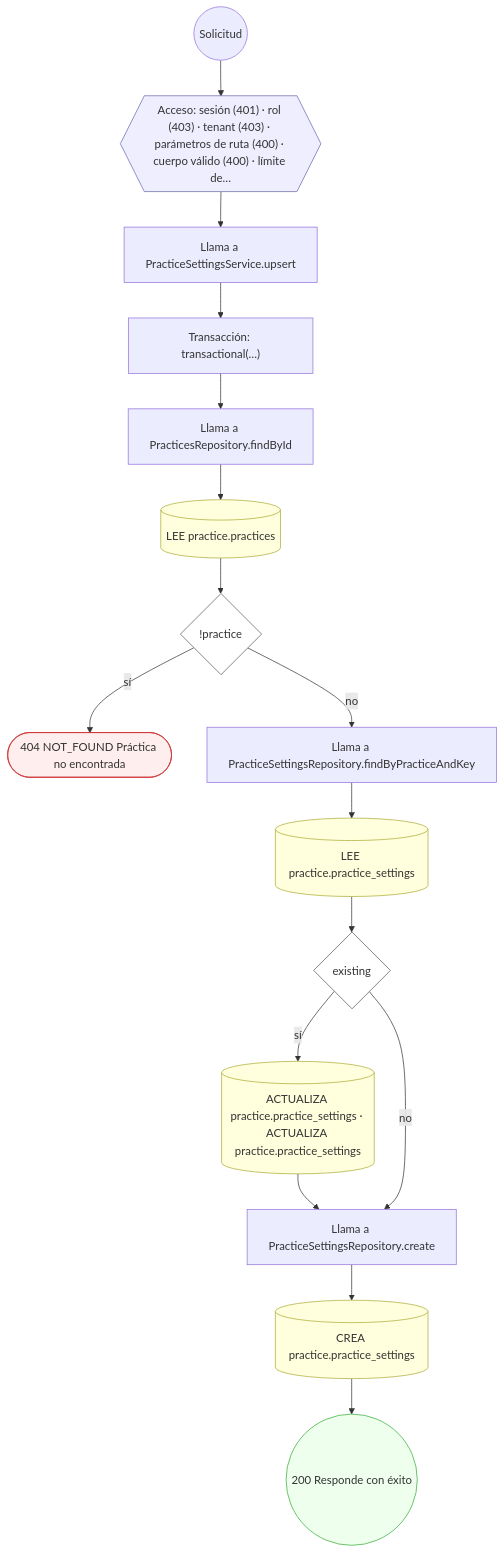
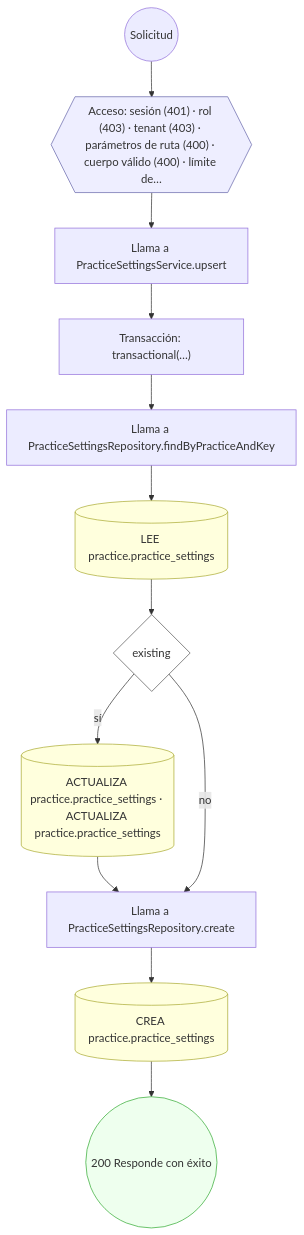
Before and after one commit to mdavila-2001/mantra-core-health-api: diagram 12 of 30 in docs/inventario/flujos/practice.md, drawn with Mermaid. The commit also changed other lines of this file and 438 other files, not shown here.

````diff
--- a/docs/inventario/flujos/practice.md
+++ b/docs/inventario/flujos/practice.md
@@ -827,39 +826,31 @@
 ```mermaid
 flowchart TD
   n1(("Solicitud")):::inicio
   n2{{"Acceso: sesión (401) · rol (403) · tenant (403) · parámetros de ruta (400) · cuerpo válido (400) · límite de…"}}:::acceso
   n1 --> n2
   n3["Llama a PracticeSettingsService.upsert"]:::llamada
   n2 --> n3
   n4["Transacción: transactional(…)"]:::transaccion
   n3 --> n4
-  n5["Llama a PracticesRepository.findById"]:::llamada
+  n5["Llama a PracticeSettingsRepository.findByPracticeAndKey"]:::llamada
   n4 --> n5
-  n6[("LEE practice.practices")]:::efecto
+  n6[("LEE practice.practice_settings")]:::efecto
   n5 --> n6
-  n7{"!practice"}:::decision
+  n7{"existing"}:::decision
   n6 --> n7
-  n8(["404 NOT_FOUND Práctica no encontrada"]):::error
+  n8[("ACTUALIZA practice.practice_settings · ACTUALIZA practice.practice_settings")]:::efecto
   n7 -->|"sí"| n8
-  n9["Llama a PracticeSettingsRepository.findByPracticeAndKey"]:::llamada
+  n9["Llama a PracticeSettingsRepository.create"]:::llamada
+  n8 --> n9
   n7 -->|"no"| n9
-  n10[("LEE practice.practice_settings")]:::efecto
+  n10[("CREA practice.practice_settings")]:::efecto
   n9 --> n10
-  n11{"existing"}:::decision
+  n11(("200 Responde con éxito")):::ok
   n10 --> n11
-  n12[("ACTUALIZA practice.practice_settings · ACTUALIZA practice.practice_settings")]:::efecto
-  n11 -->|"sí"| n12
-  n13["Llama a PracticeSettingsRepository.create"]:::llamada
-  n12 --> n13
-  n11 -->|"no"| n13
-  n14[("CREA practice.practice_settings")]:::efecto
-  n13 --> n14
-  n15(("200 Responde con éxito")):::ok
-  n14 --> n15
   classDef acceso fill:#eef,stroke:#66a
   classDef error fill:#fee,stroke:#c33
   classDef ok fill:#efe,stroke:#3a3
   classDef efecto fill:#ffd,stroke:#aa3
   classDef decision fill:#fff,stroke:#555
   classDef corte fill:#eee,stroke:#999,stroke-dasharray: 4
 ```
````
